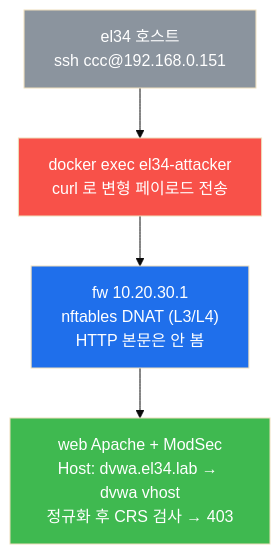
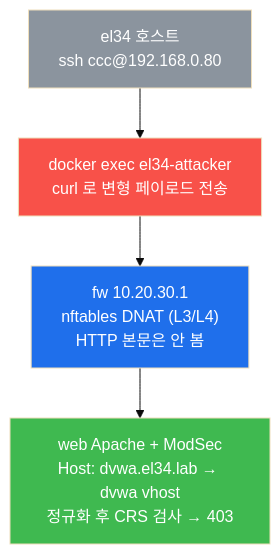
Before and after one commit to mrgrit/tw2: the second of 9 diagrams in contents/training/attack/lecture_week10.md, drawn with Mermaid (base theme). The commit also changed other lines of this file and 119 other files, not shown here.

````diff
--- a/contents/training/attack/lecture_week10.md
+++ b/contents/training/attack/lecture_week10.md
@@ -147,12 +147,12 @@
 ```mermaid
 graph TD
-    A["el34 호스트<br/>ssh ccc@192.168.0.151"]
+    A["el34 호스트<br/>ssh ccc@192.168.0.80"]
     B["docker exec el34-attacker<br/>curl 로 변형 페이로드 전송"]
     C["fw 10.20.30.1<br/>nftables DNAT (L3/L4)<br/>HTTP 본문은 안 봄"]
     D["web Apache + ModSec<br/>Host: dvwa.el34.lab → dvwa vhost<br/>정규화 후 CRS 검사 → 403"]
     A --> B --> C --> D
     style A fill:#8b949e,color:#fff
     style B fill:#f85149,color:#fff
     style C fill:#1f6feb,color:#fff
     style D fill:#3fb950,color:#fff
 ```
````
